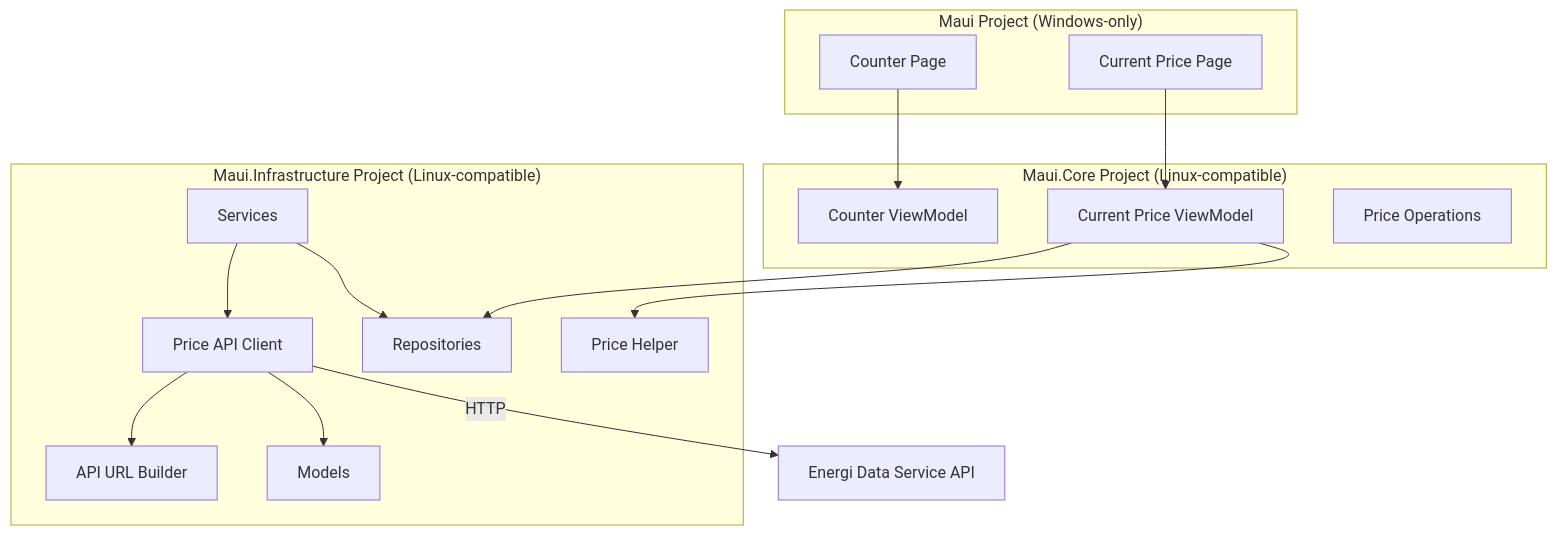
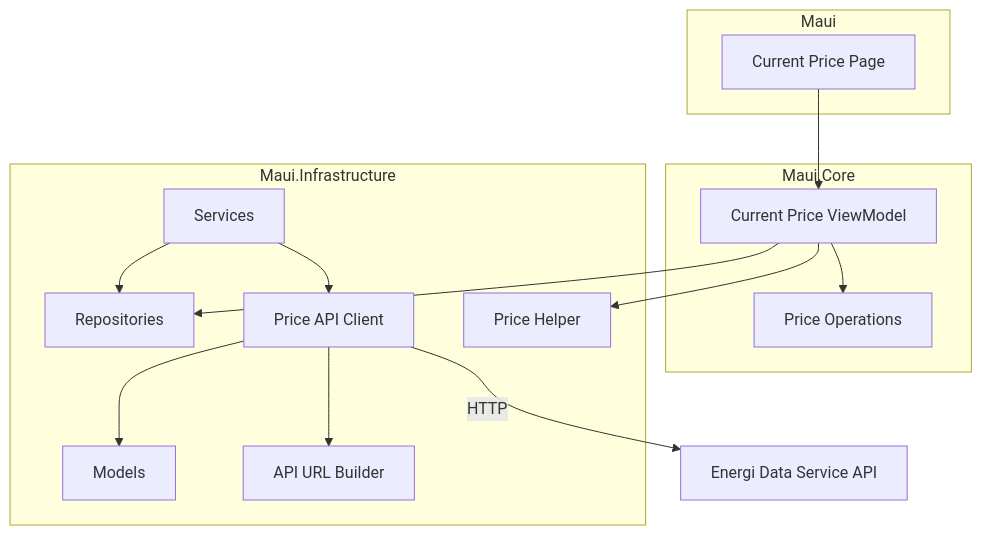
Before and after one commit to henmyg/exploration: the first of 2 diagrams in docs/architecture.md, drawn with Mermaid. The commit also changed other lines of this file and 5 other files, not shown here.

Commit message:
Update claude.md to follow architecture

````diff
--- a/docs/architecture.md
+++ b/docs/architecture.md
@@ -9,34 +9,32 @@
 ```mermaid
 graph TB
-    subgraph "Maui Project (Windows-only)"
-        CounterPage[Counter Page]
+    subgraph "Maui"
         PricePage[Current Price Page]
     end
 
-    subgraph "Maui.Core Project (Linux-compatible)"
-        CounterVM[Counter ViewModel]
+    subgraph "Maui.Core"
         PriceVM[Current Price ViewModel]
         PriceOps[Price Operations]
     end
 
-    subgraph "Maui.Infrastructure Project (Linux-compatible)"
+    subgraph "Maui.Infrastructure"
         Repos[Repositories]
         Services[Services]
         Models[Models]
         ApiClient[Price API Client]
         UrlBuilder[API URL Builder]
         PriceHelper[Price Helper]
     end
 
     API[Energi Data Service API]
 
-    CounterPage --> CounterVM
     PricePage --> PriceVM
     PriceVM --> Repos
+    PriceVM --> PriceOps
     PriceVM --> PriceHelper
     Services --> ApiClient
     Services --> Repos
     ApiClient --> UrlBuilder
     ApiClient --> Models
     ApiClient -->|HTTP| API
 ```
````
